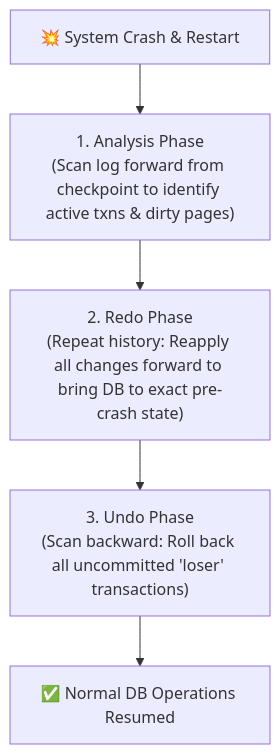
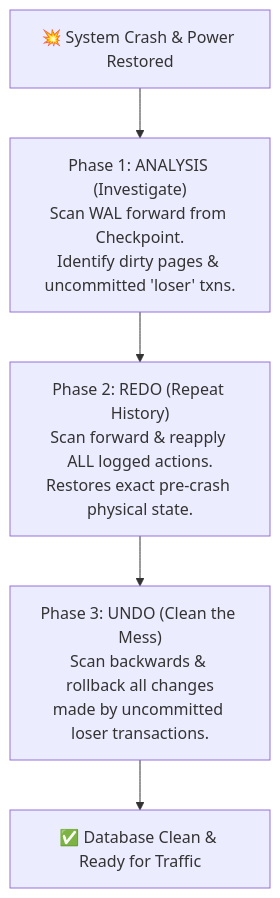
Diagram 12 of 16 in 02-DBMS/DBMS-Advanced-Concepts.md (rohithgowda18/Notes), drawn with Mermaid before and after one commit. The commit also changed other lines of this file and 4 other files, not shown here.

````diff
--- a/02-DBMS/DBMS-Advanced-Concepts.md
+++ b/02-DBMS/DBMS-Advanced-Concepts.md
@@ -503,7 +712,7 @@
 ```mermaid
 flowchart TD
-    Crash["💥 System Crash & Restart"] --> P1["1. Analysis Phase<br/>(Scan log forward from checkpoint to identify active txns & dirty pages)"]
-    P1 --> P2["2. Redo Phase<br/>(Repeat history: Reapply all changes forward to bring DB to exact pre-crash state)"]
-    P2 --> P3["3. Undo Phase<br/>(Scan backward: Roll back all uncommitted 'loser' transactions)"]
-    P3 --> Normal["✅ Normal DB Operations Resumed"]
+    Crash["💥 System Crash & Power Restored"] --> Phase1["Phase 1: ANALYSIS (Investigate)<br/>Scan WAL forward from Checkpoint.<br/>Identify dirty pages & uncommitted 'loser' txns."]
+    Phase1 --> Phase2["Phase 2: REDO (Repeat History)<br/>Scan forward & reapply ALL logged actions.<br/>Restores exact pre-crash physical state."]
+    Phase2 --> Phase3["Phase 3: UNDO (Clean the Mess)<br/>Scan backwards & rollback all changes<br/>made by uncommitted loser transactions."]
+    Phase3 --> Ready["✅ Database Clean & Ready for Traffic"]
 ```
````
